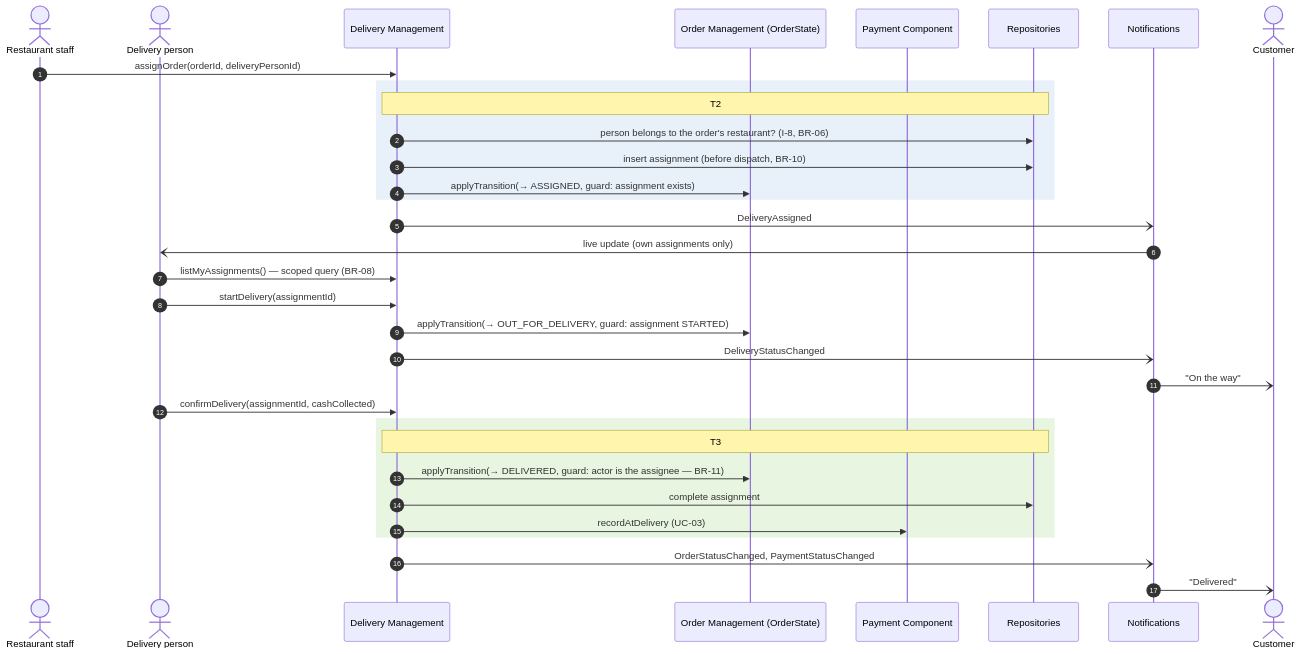
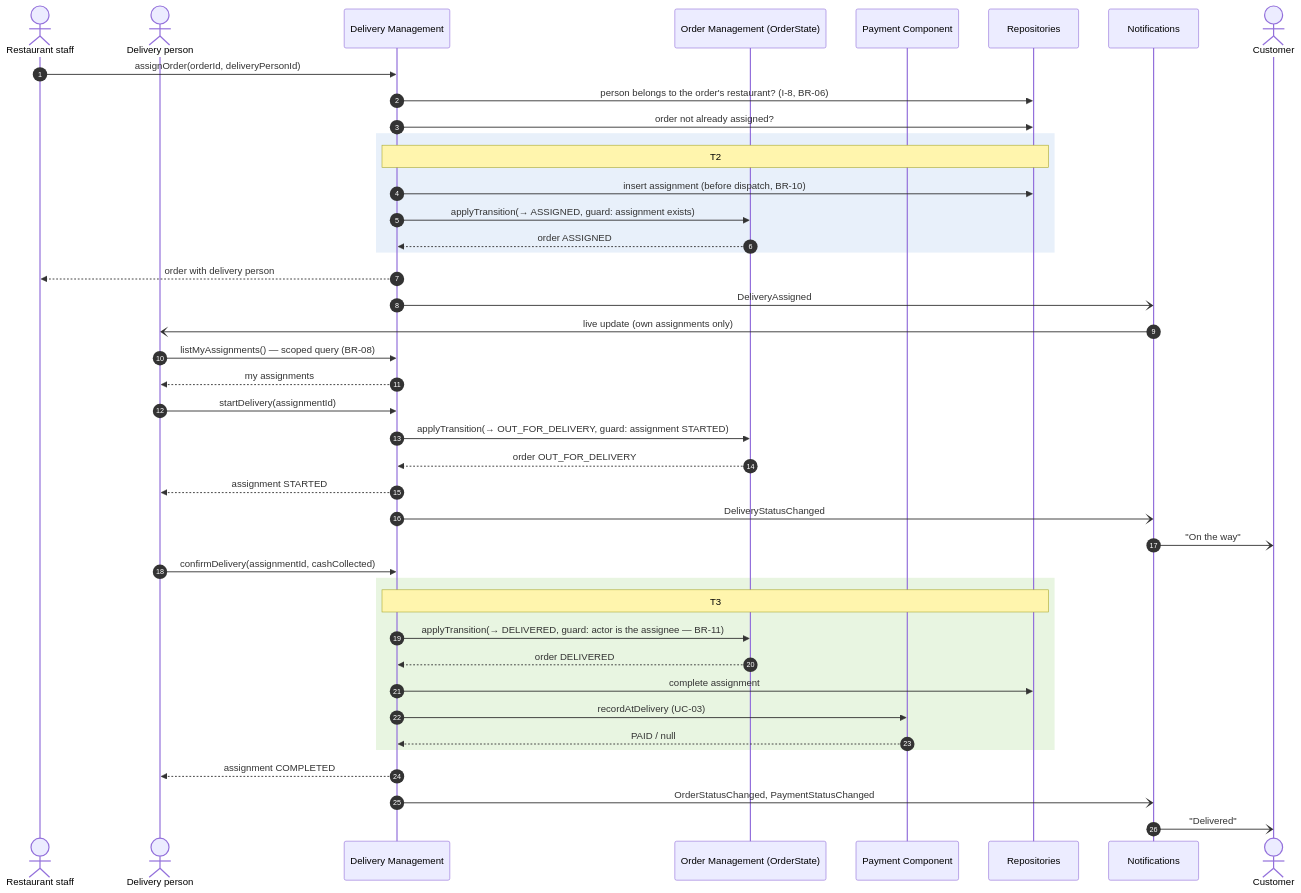
One commit to HamzaBL04/FoodGO changed the diagram in docs/uml/sequence-uc02-assign-deliver.mmd. Above: the diagram before and after it, drawn with Mermaid. The commit also changed 32 other files, not shown here.

First line of the commit message:
docs(lab5): design practical session — worksheet, SDD skeleton, peer-review fixes

```diff
--- a/docs/uml/sequence-uc02-assign-deliver.mmd
+++ b/docs/uml/sequence-uc02-assign-deliver.mmd
@@ -1,35 +1,45 @@
 %% UC-02 Assign a delivery person and complete delivery — T2 + T3 (SDD Figure 4)
+%% Lab 5 peer review: checks drawn before T2 (as coded), return messages added.
 sequenceDiagram
   autonumber
   actor S as Restaurant staff
   actor D as Delivery person
   participant DM as Delivery Management
   participant OM as Order Management (OrderState)
   participant PAY as Payment Component
   participant DB as Repositories
   participant EV as Notifications
   actor C as Customer
 
   S->>DM: assignOrder(orderId, deliveryPersonId)
+  DM->>DB: person belongs to the order's restaurant? (I-8, BR-06)
+  DM->>DB: order not already assigned?
   rect rgb(232, 240, 250)
     note over DM,DB: T2
-    DM->>DB: person belongs to the order's restaurant? (I-8, BR-06)
     DM->>DB: insert assignment (before dispatch, BR-10)
     DM->>OM: applyTransition(→ ASSIGNED, guard: assignment exists)
+    OM-->>DM: order ASSIGNED
   end
+  DM-->>S: order with delivery person
   DM-)EV: DeliveryAssigned
   EV-)D: live update (own assignments only)
   D->>DM: listMyAssignments() — scoped query (BR-08)
+  DM-->>D: my assignments
   D->>DM: startDelivery(assignmentId)
   DM->>OM: applyTransition(→ OUT_FOR_DELIVERY, guard: assignment STARTED)
+  OM-->>DM: order OUT_FOR_DELIVERY
+  DM-->>D: assignment STARTED
   DM-)EV: DeliveryStatusChanged
   EV-)C: "On the way"
   D->>DM: confirmDelivery(assignmentId, cashCollected)
   rect rgb(232, 245, 225)
     note over DM,DB: T3
     DM->>OM: applyTransition(→ DELIVERED, guard: actor is the assignee — BR-11)
+    OM-->>DM: order DELIVERED
     DM->>DB: complete assignment
     DM->>PAY: recordAtDelivery (UC-03)
+    PAY-->>DM: PAID / null
   end
+  DM-->>D: assignment COMPLETED
   DM-)EV: OrderStatusChanged, PaymentStatusChanged
   EV-)C: "Delivered"
```
